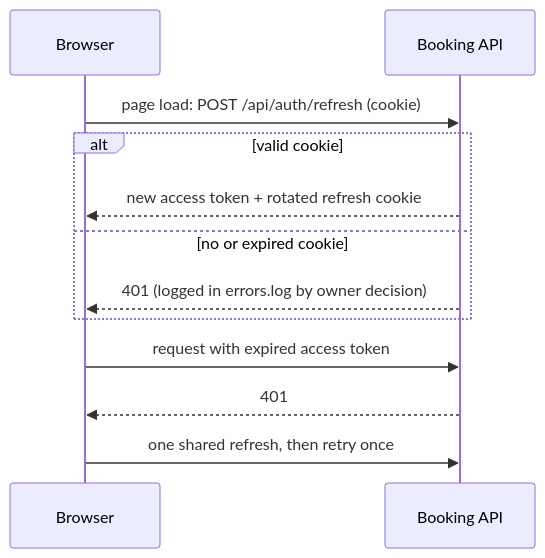
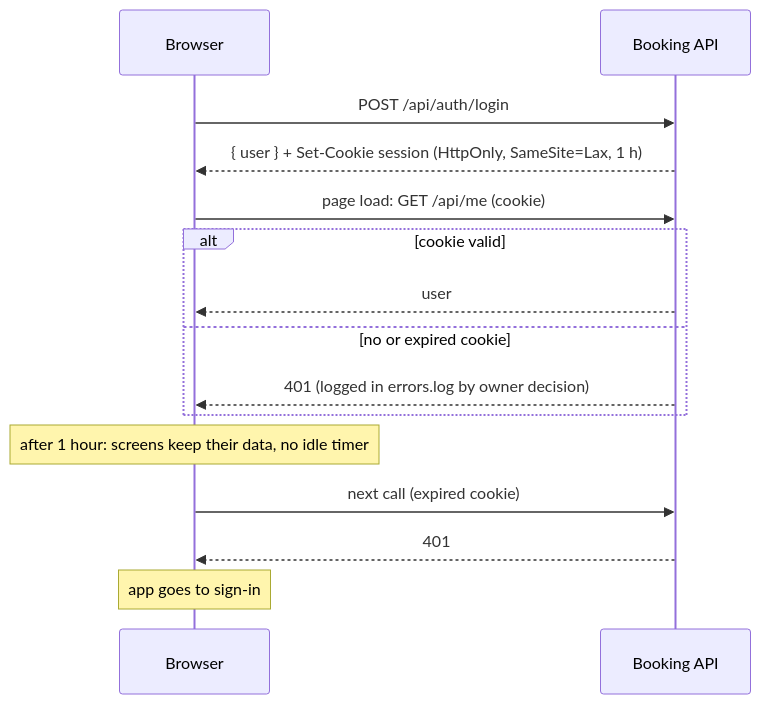
Before and after one commit to vincentag11323/restaurant-booking-planning: the fourth of 4 diagrams in DIAGRAM.md, drawn with Mermaid. The commit also changed other lines of this file and 5 other files, not shown here.

Commit message:
spec: session details for implementation (session cookie on /, GET /me session check, SESSION_TTL, User.apiKeyHash, X-Agent-Key, Origin rule for CSRF)

````diff
--- a/DIAGRAM.md
+++ b/DIAGRAM.md
@@ -98,14 +93,17 @@
 ```mermaid
 sequenceDiagram
   participant B as Browser
   participant A as Booking API
-  B->>A: page load: POST /api/auth/refresh (cookie)
-  alt valid cookie
-    A-->>B: new access token + rotated refresh cookie
+  B->>A: POST /api/auth/login
+  A-->>B: { user } + Set-Cookie session (HttpOnly, SameSite=Lax, 1 h)
+  B->>A: page load: GET /api/me (cookie)
+  alt cookie valid
+    A-->>B: user
   else no or expired cookie
     A-->>B: 401 (logged in errors.log by owner decision)
   end
-  B->>A: request with expired access token
+  Note over B: after 1 hour: screens keep their data, no idle timer
+  B->>A: next call (expired cookie)
   A-->>B: 401
-  B->>A: one shared refresh, then retry once
+  Note over B: app goes to sign-in
 ```
````
